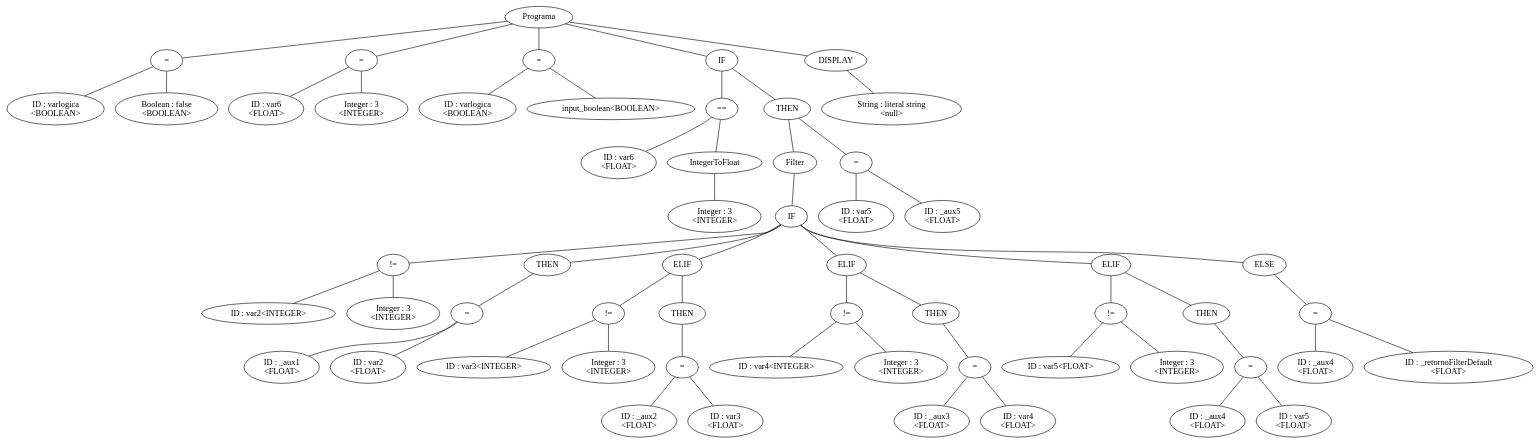
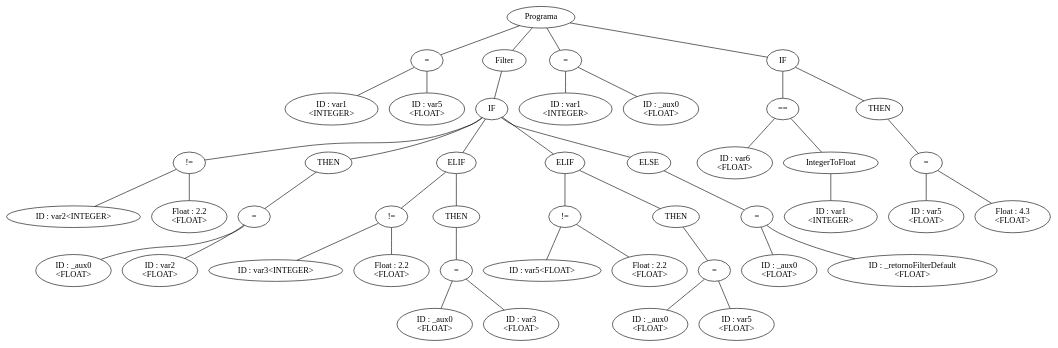
Before and after one commit to leandroprios/compilador: the diagram in arbol.dot, drawn with Graphviz. The commit also changed 65 other files, not shown here.

```diff
--- a/arbol.dot
+++ b/arbol.dot
@@ -1,116 +1,90 @@
-graph G {nodo_534634305[label="Programa"]
-nodo_346527874[label="="]
-nodo_534634305--nodo_346527874
-nodo_612598944[label="ID : varlogica\n<BOOLEAN>"]
-nodo_346527874--nodo_612598944
-nodo_245730528[label="Boolean : false\n<BOOLEAN>"]
-nodo_346527874--nodo_245730528
-nodo_2146663842[label="="]
-nodo_534634305--nodo_2146663842
-nodo_1463327062[label="ID : var6\n<FLOAT>"]
-nodo_2146663842--nodo_1463327062
-nodo_1864802709[label="Integer : 3\n<INTEGER>"]
-nodo_2146663842--nodo_1864802709
-nodo_1304879645[label="="]
-nodo_534634305--nodo_1304879645
-nodo_691837034[label="ID : varlogica\n<BOOLEAN>"]
-nodo_1304879645--nodo_691837034
-nodo_1304879645--nodo_987584050
-nodo_987584050[label="input_boolean<BOOLEAN>"]
-nodo_1621975797[label="IF"]
-nodo_534634305--nodo_1621975797
-nodo_436314871[label="=="]
-nodo_1621975797--nodo_436314871
-nodo_1471383061[label="ID : var6\n<FLOAT>"]
-nodo_436314871--nodo_1471383061
-nodo_126826007[label="IntegerToFloat"]
-nodo_436314871--nodo_126826007
-nodo_213800665[label="Integer : 3\n<INTEGER>"]
-nodo_126826007--nodo_213800665
-nodo_673622220[label="THEN"]
-nodo_1621975797--nodo_673622220
-nodo_1358423551[label="Filter"]
-nodo_673622220--nodo_1358423551
-nodo_775310968[label="IF"]
-nodo_1358423551--nodo_775310968
-nodo_1354817017[label="!="]
-nodo_775310968--nodo_1354817017
-nodo_826500609[label="ID : var2<INTEGER>"]
-nodo_1354817017--nodo_826500609
-nodo_1593095627[label="Integer : 3\n<INTEGER>"]
-nodo_1354817017--nodo_1593095627
-nodo_1591724543[label="THEN"]
-nodo_775310968--nodo_1591724543
-nodo_349460298[label="="]
-nodo_1591724543--nodo_349460298
-nodo_1041062079[label="ID : _aux1\n<FLOAT>"]
-nodo_349460298--nodo_1041062079
-nodo_1160570968[label="ID : var2\n<FLOAT>"]
-nodo_349460298--nodo_1160570968
-nodo_1812438883[label="ELIF"]
-nodo_775310968--nodo_1812438883
-nodo_1516239790[label="!="]
-nodo_1812438883--nodo_1516239790
-nodo_247699706[label="ID : var3<INTEGER>"]
-nodo_1516239790--nodo_247699706
-nodo_747626322[label="Integer : 3\n<INTEGER>"]
-nodo_1516239790--nodo_747626322
-nodo_295453102[label="THEN"]
-nodo_1812438883--nodo_295453102
-nodo_1493477254[label="="]
-nodo_295453102--nodo_1493477254
-nodo_1259532308[label="ID : _aux2\n<FLOAT>"]
-nodo_1493477254--nodo_1259532308
-nodo_422957931[label="ID : var3\n<FLOAT>"]
-nodo_1493477254--nodo_422957931
-nodo_2021553139[label="ELIF"]
-nodo_775310968--nodo_2021553139
-nodo_79348717[label="!="]
-nodo_2021553139--nodo_79348717
-nodo_1483997502[label="ID : var4<INTEGER>"]
-nodo_79348717--nodo_1483997502
-nodo_1877815248[label="Integer : 3\n<INTEGER>"]
-nodo_79348717--nodo_1877815248
-nodo_1219394533[label="THEN"]
-nodo_2021553139--nodo_1219394533
-nodo_913320691[label="="]
-nodo_1219394533--nodo_913320691
-nodo_1324724466[label="ID : _aux3\n<FLOAT>"]
-nodo_913320691--nodo_1324724466
-nodo_1214285139[label="ID : var4\n<FLOAT>"]
-nodo_913320691--nodo_1214285139
-nodo_360401642[label="ELIF"]
-nodo_775310968--nodo_360401642
-nodo_577494276[label="!="]
-nodo_360401642--nodo_577494276
-nodo_1106938779[label="ID : var5<FLOAT>"]
-nodo_577494276--nodo_1106938779
-nodo_234669290[label="Integer : 3\n<INTEGER>"]
-nodo_577494276--nodo_234669290
-nodo_1431558900[label="THEN"]
-nodo_360401642--nodo_1431558900
-nodo_1054905631[label="="]
-nodo_1431558900--nodo_1054905631
-nodo_726886155[label="ID : _aux4\n<FLOAT>"]
-nodo_1054905631--nodo_726886155
-nodo_1088630047[label="ID : var5\n<FLOAT>"]
-nodo_1054905631--nodo_1088630047
-nodo_1969447312[label="ELSE"]
-nodo_775310968--nodo_1969447312
-nodo_1194251956[label="="]
-nodo_1969447312--nodo_1194251956
-nodo_2012584549[label="ID : _aux4\n<FLOAT>"]
-nodo_1194251956--nodo_2012584549
-nodo_774359633[label="ID : _retornoFilterDefault\n<FLOAT>"]
-nodo_1194251956--nodo_774359633
-nodo_872576124[label="="]
-nodo_673622220--nodo_872576124
-nodo_86548286[label="ID : var5\n<FLOAT>"]
-nodo_872576124--nodo_86548286
-nodo_1591024460[label="ID : _aux5\n<FLOAT>"]
-nodo_872576124--nodo_1591024460
-nodo_1320167301[label="DISPLAY"]
-nodo_534634305--nodo_1320167301
-nodo_1765153723[label="String : literal string\n<null>"]
-nodo_1320167301--nodo_1765153723
+graph G {nodo_1964194068[label="Programa"]
+nodo_109623498[label="="]
+nodo_1964194068--nodo_109623498
+nodo_1881682100[label="ID : var1\n<INTEGER>"]
+nodo_109623498--nodo_1881682100
+nodo_1761928151[label="ID : var5\n<FLOAT>"]
+nodo_109623498--nodo_1761928151
+nodo_95661178[label="Filter"]
+nodo_1964194068--nodo_95661178
+nodo_1178471150[label="IF"]
+nodo_95661178--nodo_1178471150
+nodo_2007117581[label="!="]
+nodo_1178471150--nodo_2007117581
+nodo_972451957[label="ID : var2<INTEGER>"]
+nodo_2007117581--nodo_972451957
+nodo_566152013[label="Float : 2.2\n<FLOAT>"]
+nodo_2007117581--nodo_566152013
+nodo_1178471150--nodo_448321618
+nodo_448321618[label="THEN"]
+nodo_400678126[label="="]
+nodo_448321618--nodo_400678126
+nodo_1910326104[label="ID : _aux0\n<FLOAT>"]
+nodo_400678126--nodo_1910326104
+nodo_2074276046[label="ID : var2\n<FLOAT>"]
+nodo_400678126--nodo_2074276046
+nodo_747743316[label="ELIF"]
+nodo_1178471150--nodo_747743316
+nodo_898500484[label="!="]
+nodo_747743316--nodo_898500484
+nodo_777143790[label="ID : var3<INTEGER>"]
+nodo_898500484--nodo_777143790
+nodo_1117447274[label="Float : 2.2\n<FLOAT>"]
+nodo_898500484--nodo_1117447274
+nodo_747743316--nodo_98517171
+nodo_98517171[label="THEN"]
+nodo_1676158821[label="="]
+nodo_98517171--nodo_1676158821
+nodo_639614651[label="ID : _aux0\n<FLOAT>"]
+nodo_1676158821--nodo_639614651
+nodo_450818723[label="ID : var3\n<FLOAT>"]
+nodo_1676158821--nodo_450818723
+nodo_259189798[label="ELIF"]
+nodo_1178471150--nodo_259189798
+nodo_763568546[label="!="]
+nodo_259189798--nodo_763568546
+nodo_1991424207[label="ID : var5<FLOAT>"]
+nodo_763568546--nodo_1991424207
+nodo_462690128[label="Float : 2.2\n<FLOAT>"]
+nodo_763568546--nodo_462690128
+nodo_259189798--nodo_232128935
+nodo_232128935[label="THEN"]
+nodo_60808152[label="="]
+nodo_232128935--nodo_60808152
+nodo_933585976[label="ID : _aux0\n<FLOAT>"]
+nodo_60808152--nodo_933585976
+nodo_1412613827[label="ID : var5\n<FLOAT>"]
+nodo_60808152--nodo_1412613827
+nodo_1178471150--nodo_328007723
+nodo_328007723[label="ELSE"]
+nodo_1873245570[label="="]
+nodo_328007723--nodo_1873245570
+nodo_303772341[label="ID : _aux0\n<FLOAT>"]
+nodo_1873245570--nodo_303772341
+nodo_235081834[label="ID : _retornoFilterDefault\n<FLOAT>"]
+nodo_1873245570--nodo_235081834
+nodo_1288035255[label="="]
+nodo_1964194068--nodo_1288035255
+nodo_404405448[label="ID : var1\n<INTEGER>"]
+nodo_1288035255--nodo_404405448
+nodo_1398782948[label="ID : _aux0\n<FLOAT>"]
+nodo_1288035255--nodo_1398782948
+nodo_1162441125[label="IF"]
+nodo_1964194068--nodo_1162441125
+nodo_657658584[label="=="]
+nodo_1162441125--nodo_657658584
+nodo_1786906122[label="ID : var6\n<FLOAT>"]
+nodo_657658584--nodo_1786906122
+nodo_1152122917[label="IntegerToFloat"]
+nodo_657658584--nodo_1152122917
+nodo_1256625484[label="ID : var1\n<INTEGER>"]
+nodo_1152122917--nodo_1256625484
+nodo_1162441125--nodo_842917201
+nodo_842917201[label="THEN"]
+nodo_1971125018[label="="]
+nodo_842917201--nodo_1971125018
+nodo_255066601[label="ID : var5\n<FLOAT>"]
+nodo_1971125018--nodo_255066601
+nodo_733840642[label="Float : 4.3\n<FLOAT>"]
+nodo_1971125018--nodo_733840642
 }
```
